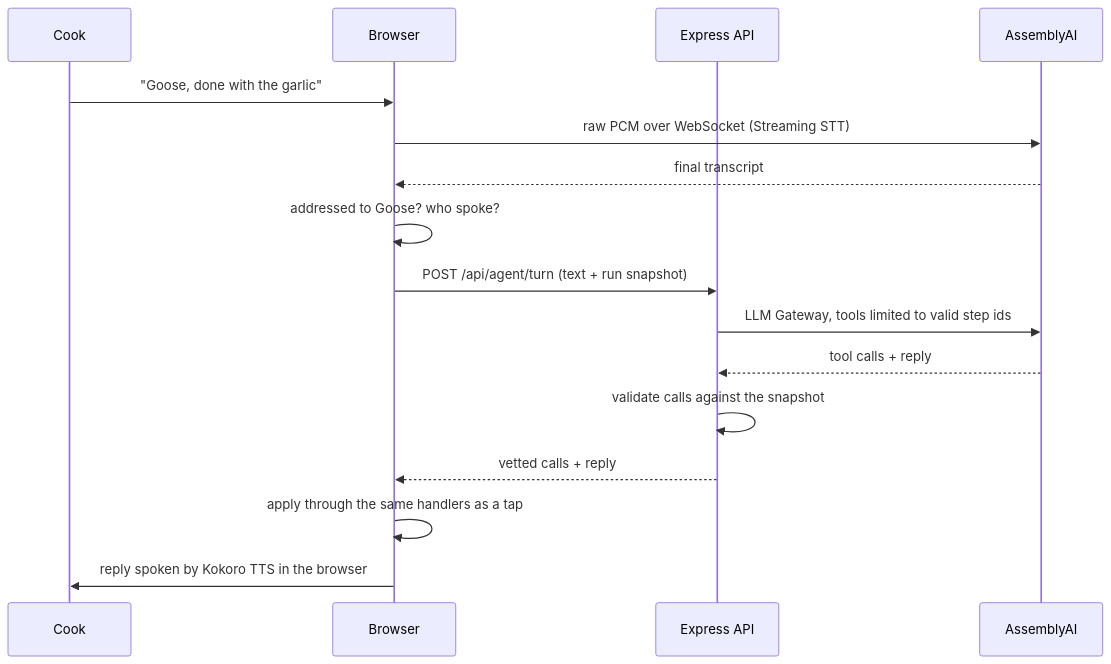
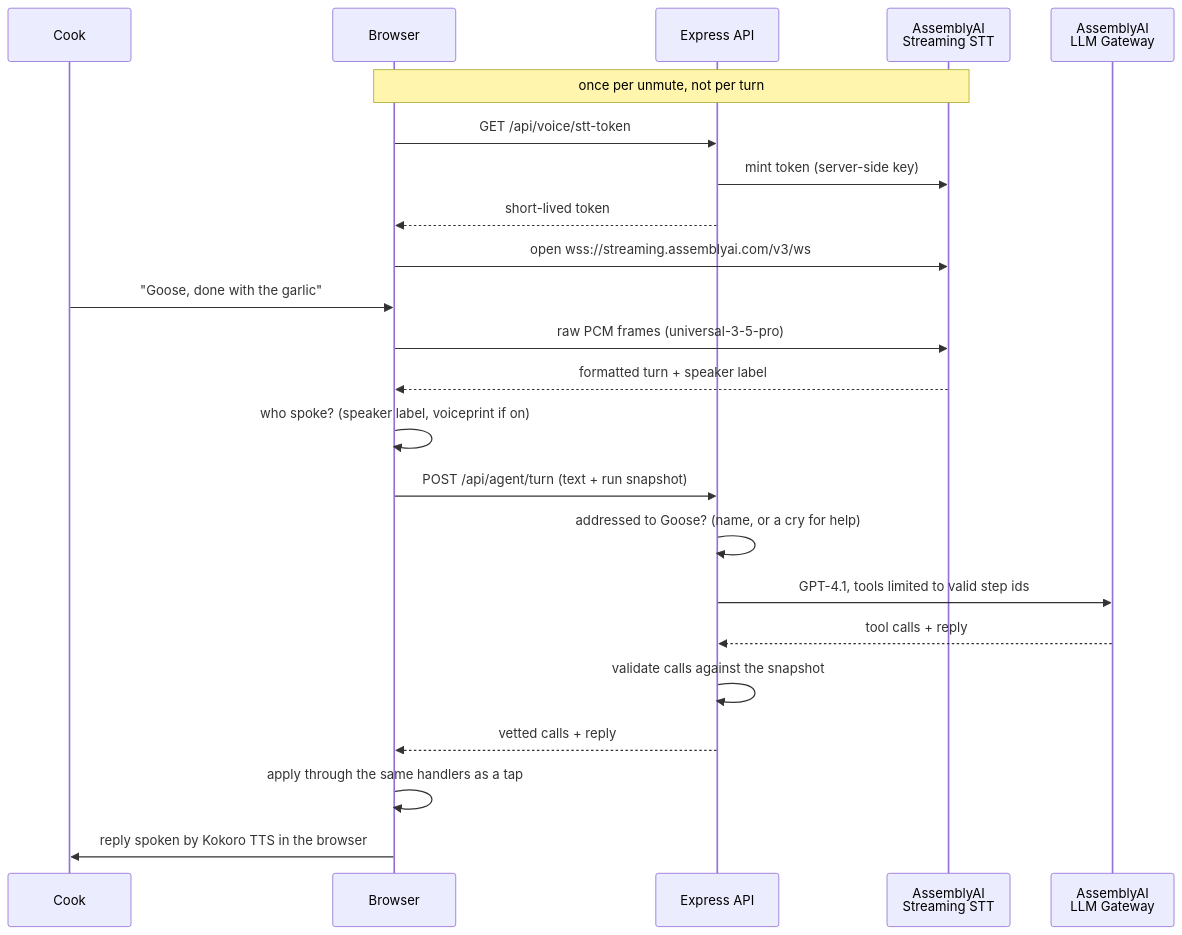
Before and after one commit to Ziqing110/goose-goose-cook: the second of 2 diagrams in README.md, drawn with Mermaid. The commit also changed other lines of this file and 9 other files, not shown here.

````diff
--- a/README.md
+++ b/README.md
@@ -71,19 +71,27 @@
 ```mermaid
 sequenceDiagram
     participant Cook
     participant Browser
     participant API as Express API
-    participant AAI as AssemblyAI
+    participant STT as AssemblyAI<br/>Streaming STT
+    participant GW as AssemblyAI<br/>LLM Gateway
+
+    Note over Browser,STT: once per unmute, not per turn
+    Browser->>API: GET /api/voice/stt-token
+    API->>STT: mint token (server-side key)
+    API-->>Browser: short-lived token
+    Browser->>STT: open wss://streaming.assemblyai.com/v3/ws
 
     Cook->>Browser: "Goose, done with the garlic"
-    Browser->>AAI: raw PCM over WebSocket (Streaming STT)
-    AAI-->>Browser: final transcript
-    Browser->>Browser: addressed to Goose? who spoke?
+    Browser->>STT: raw PCM frames (universal-3-5-pro)
+    STT-->>Browser: formatted turn + speaker label
+    Browser->>Browser: who spoke? (speaker label, voiceprint if on)
     Browser->>API: POST /api/agent/turn (text + run snapshot)
-    API->>AAI: LLM Gateway, tools limited to valid step ids
-    AAI-->>API: tool calls + reply
+    API->>API: addressed to Goose? (name, or a cry for help)
+    API->>GW: GPT-4.1, tools limited to valid step ids
+    GW-->>API: tool calls + reply
     API->>API: validate calls against the snapshot
     API-->>Browser: vetted calls + reply
     Browser->>Browser: apply through the same handlers as a tap
     Browser->>Cook: reply spoken by Kokoro TTS in the browser
 ```
````
